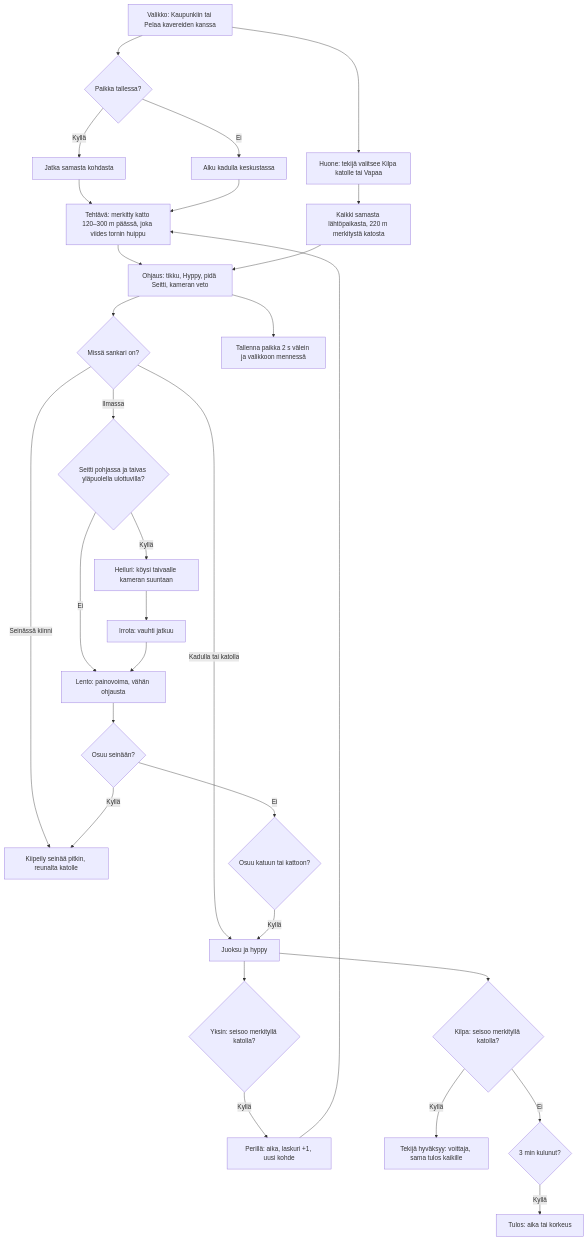
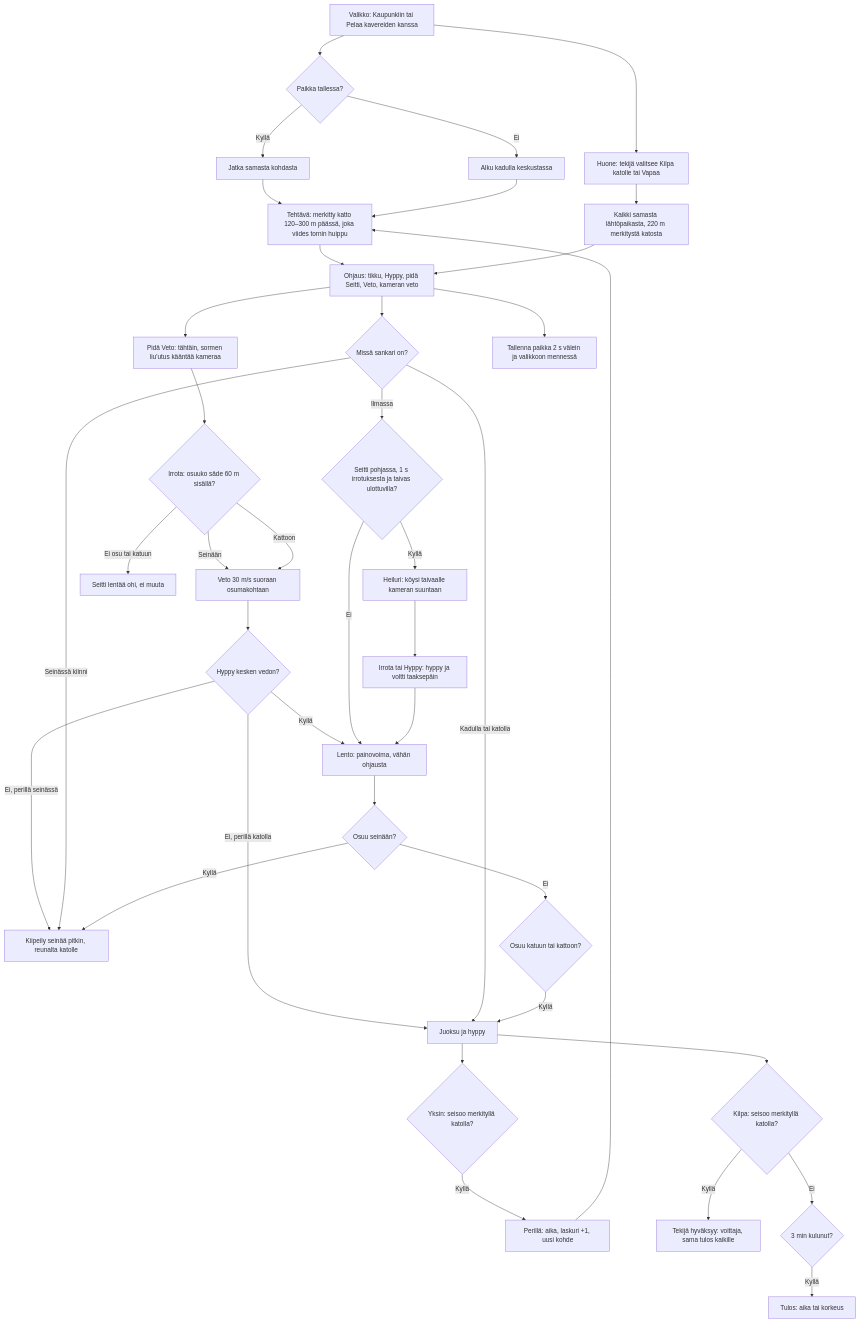
Before and after one commit to eerovil/ai-pelit: the diagram in docs/diagrams/seittisankari.md, drawn with Mermaid. The commit also changed other lines of this file and 11 other files, not shown here.

````diff
--- a/docs/diagrams/seittisankari.md
+++ b/docs/diagrams/seittisankari.md
@@ -5,38 +5,48 @@
 ```mermaid
 flowchart TD
     A[Valikko: Kaupunkiin tai Pelaa kavereiden kanssa] --> B{Paikka tallessa?}
     B -- Kyllä --> C[Jatka samasta kohdasta]
     B -- Ei --> D[Alku kadulla keskustassa]
     C --> Y
     D --> Y[Tehtävä: merkitty katto 120–300 m päässä, joka viides tornin huippu]
-    Y --> E[Ohjaus: tikku, Hyppy, pidä Seitti, kameran veto]
+    Y --> E[Ohjaus: tikku, Hyppy, pidä Seitti, Veto, kameran veto]
+    E --> P1[Pidä Veto: tähtäin, sormen liu'utus kääntää kameraa]
+    P1 --> P2{Irrota: osuuko säde 60 m sisällä?}
+    P2 -- Seinään --> P3[Veto 30 m/s suoraan osumakohtaan]
+    P2 -- Kattoon --> P3
+    P2 -- Ei osu tai katuun --> P4[Seitti lentää ohi, ei muuta]
+    P3 --> P5{Hyppy kesken vedon?}
+    P5 -- Kyllä --> K
+    P5 -- Ei, perillä seinässä --> H
+    P5 -- Ei, perillä katolla --> G
     E --> F{Missä sankari on?}
     F -- Kadulla tai katolla --> G[Juoksu ja hyppy]
     F -- Seinässä kiinni --> H[Kiipeily seinää pitkin, reunalta katolle]
-    F -- Ilmassa --> I{Seitti pohjassa ja taivas yläpuolella ulottuvilla?}
+    F -- Ilmassa --> I{Seitti pohjassa, 1 s irrotuksesta ja taivas ulottuvilla?}
     I -- Kyllä --> J[Heiluri: köysi taivaalle kameran suuntaan]
     I -- Ei --> K[Lento: painovoima, vähän ohjausta]
-    J --> L[Irrota: vauhti jatkuu]
+    J --> L[Irrota tai Hyppy: hyppy ja voltti taaksepäin]
     L --> K
     K --> M{Osuu seinään?}
     M -- Kyllä --> H
     M -- Ei --> N{Osuu katuun tai kattoon?}
     N -- Kyllä --> G
     E --> T[Tallenna paikka 2 s välein ja valikkoon mennessä]
     A --> R[Huone: tekijä valitsee Kilpa katolle tai Vapaa]
     R --> S[Kaikki samasta lähtöpaikasta, 220 m merkitystä katosta]
     S --> E
     G --> Z{Yksin: seisoo merkityllä katolla?}
     Z -- Kyllä --> ZA[Perillä: aika, laskuri +1, uusi kohde]
     ZA --> Y
     G --> U{Kilpa: seisoo merkityllä katolla?}
     U -- Kyllä --> V[Tekijä hyväksyy: voittaja, sama tulos kaikille]
     U -- Ei --> W{3 min kulunut?}
     W -- Kyllä --> X[Tulos: aika tai korkeus]
     class A,B,C,D blue
     class Y,Z,ZA rose
     class E,G,H violet
     class I,J,K,L,M,N teal
+    class P1,P2,P3,P4,P5 teal
     class R,S,U,V,W,X green
     class T amber
 ```
````
